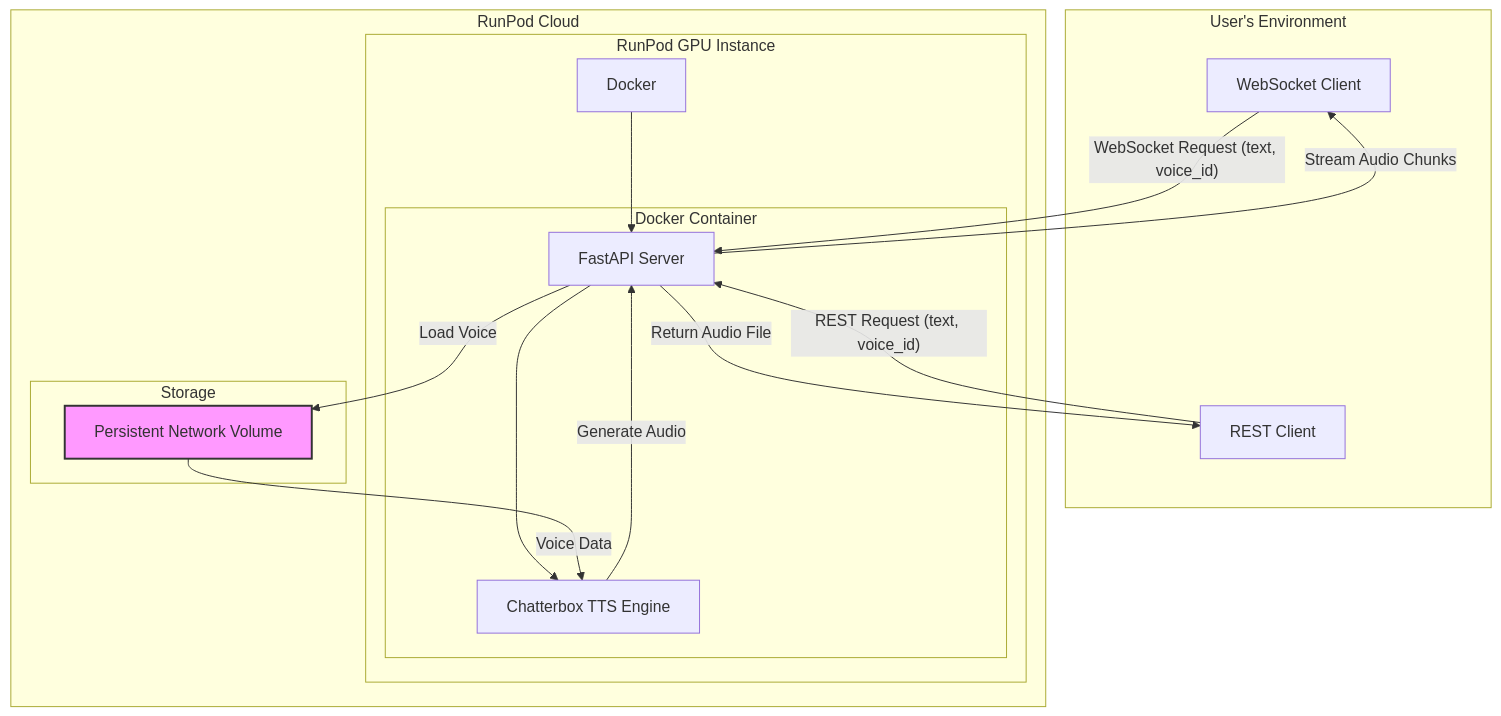
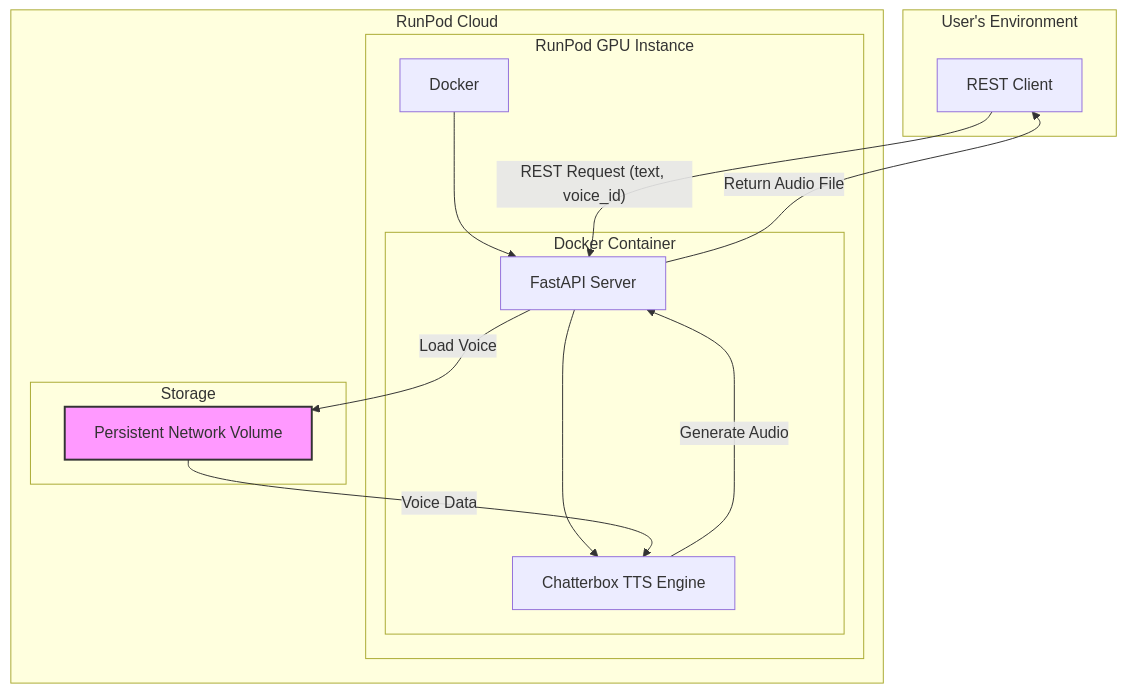
Before and after one commit to akashdeep000/chatterbox-tts: the diagram in ARCHITECTURE.md, drawn with Mermaid. The commit also changed other lines of this file and 1 other file, not shown here.

````diff
--- a/ARCHITECTURE.md
+++ b/ARCHITECTURE.md
@@ -11,32 +11,29 @@
 ```mermaid
 graph TD
     subgraph "User's Environment"
-        WS_Client[WebSocket Client]
         REST_Client[REST Client]
     end
 
     subgraph "RunPod Cloud"
         subgraph "RunPod GPU Instance"
             subgraph "Docker Container"
                 APIServer[FastAPI Server]
                 TTS_Engine[Chatterbox TTS Engine]
             end
             Docker --> APIServer
             APIServer --> TTS_Engine
         end
 
         subgraph "Storage"
             PersistentVolume[Persistent Network Volume]
         end
     end
 
-    WS_Client -- "WebSocket Request (text, voice_id)" --> APIServer
     REST_Client -- "REST Request (text, voice_id)" --> APIServer
     APIServer -- "Load Voice" --> PersistentVolume
     PersistentVolume -- "Voice Data" --> TTS_Engine
     TTS_Engine -- "Generate Audio" --> APIServer
-    APIServer -- "Stream Audio Chunks" --> WS_Client
     APIServer -- "Return Audio File" --> REST_Client
 
     style PersistentVolume fill:#f9f,stroke:#333,stroke-width:2px
 ```
````
